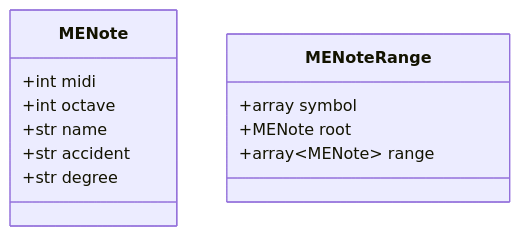
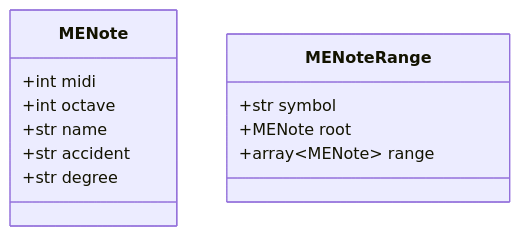
Before and after one commit to iamsiriil/sc_musicengine: the diagram in README.md, drawn with Mermaid.

````diff
--- a/README.md
+++ b/README.md
@@ -1,16 +1,16 @@
 ```mermaid
 classDiagram
     class MENote {
         +int midi
         +int octave
         +str name
         +str accident
         +str degree
     }
 
     class MENoteRange {
-        +array symbol
+        +str symbol
         +MENote root
         +array~MENote~ range
     }
 ```
````
